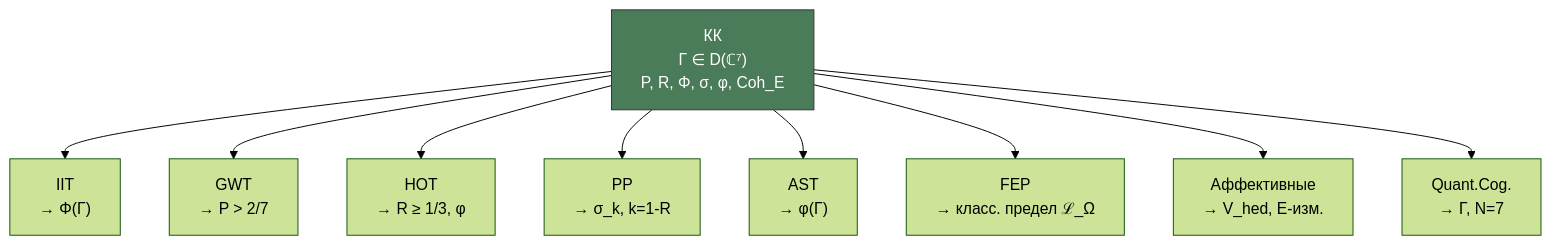
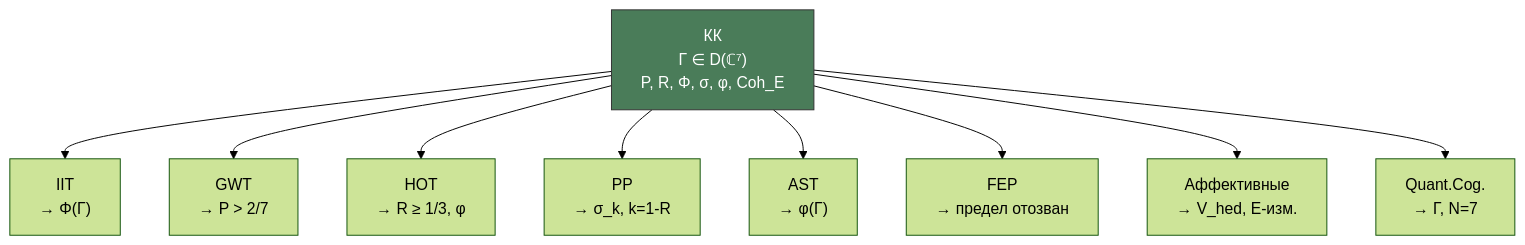
The second of 2 diagrams in website/i18n/ru/docusaurus-plugin-content-docs/current/consciousness/comparative/consciousness-theories.md (gst-st/uhm), drawn with Mermaid (forest theme) before and after one commit. The commit also changed other lines of this file and 11 other files, not shown here.

````diff
--- a/website/i18n/ru/docusaurus-plugin-content-docs/current/consciousness/comparative/consciousness-theories.md
+++ b/website/i18n/ru/docusaurus-plugin-content-docs/current/consciousness/comparative/consciousness-theories.md
@@ -2554,24 +2547,24 @@
 ```mermaid
 graph TD
     KK["КК<br/>Γ ∈ D(ℂ⁷)<br/>P, R, Φ, σ, φ, Coh_E"]
 
     IIT_P["IIT<br/>→ Φ(Γ)"]
     GWT_P["GWT<br/>→ P > 2/7"]
     HOT_P["HOT<br/>→ R ≥ 1/3, φ"]
     PP_P["PP<br/>→ σ_k, k=1-R"]
     AST_P["AST<br/>→ φ(Γ)"]
-    FEP_P["FEP<br/>→ класс. предел ℒ_Ω"]
+    FEP_P["FEP<br/>→ предел отозван"]
     AFF["Аффективные<br/>→ V_hed, E-изм."]
     QC_P["Quant.Cog.<br/>→ Γ, N=7"]
 
     KK --> IIT_P
     KK --> GWT_P
     KK --> HOT_P
     KK --> PP_P
     KK --> AST_P
     KK --> FEP_P
     KK --> AFF
     KK --> QC_P
 
     style KK fill:#4a7c59,color:#fff,stroke:#333
 ```
````
